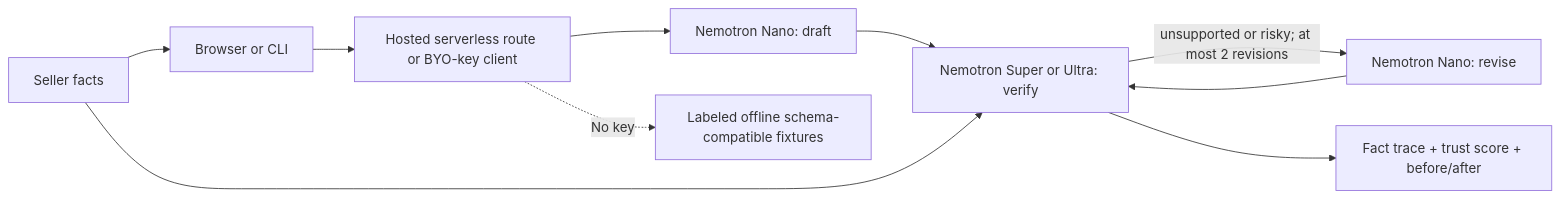
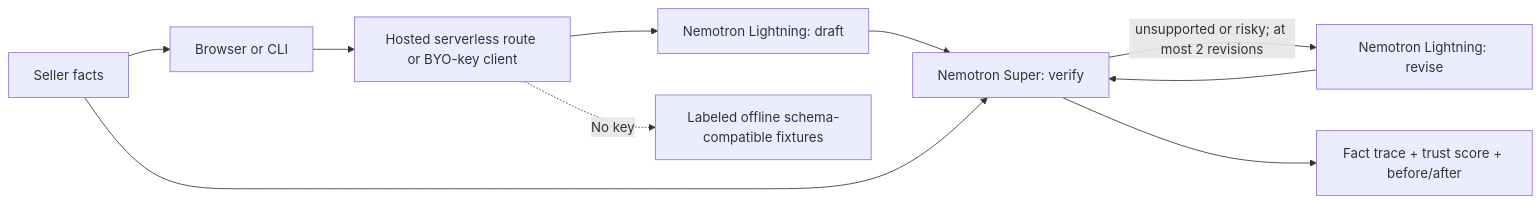
Before and after one commit to kks0488/commerce-content-engine: the second of 2 diagrams in README.md, drawn with Mermaid. The commit also changed other lines of this file and 21 other files, not shown here.

Commit message:
Enable live Nebius Lightning and Super workflows with explicit fallback

````diff
--- a/README.md
+++ b/README.md
@@ -95,12 +112,12 @@
 ```mermaid
 flowchart LR
   S[Seller facts] --> A[Browser or CLI]
   A --> H[Hosted serverless route or BYO-key client]
-  H --> N[Nemotron Nano: draft]
-  N --> V[Nemotron Super or Ultra: verify]
+  H --> N[Nemotron Lightning: draft]
+  N --> V[Nemotron Super: verify]
   S --> V
-  V -->|unsupported or risky; at most 2 revisions| R[Nemotron Nano: revise]
+  V -->|unsupported or risky; at most 2 revisions| R[Nemotron Lightning: revise]
   R --> V
   V --> T[Fact trace + trust score + before/after]
   H -. No key .-> D[Labeled offline schema-compatible fixtures]
 ```
````
